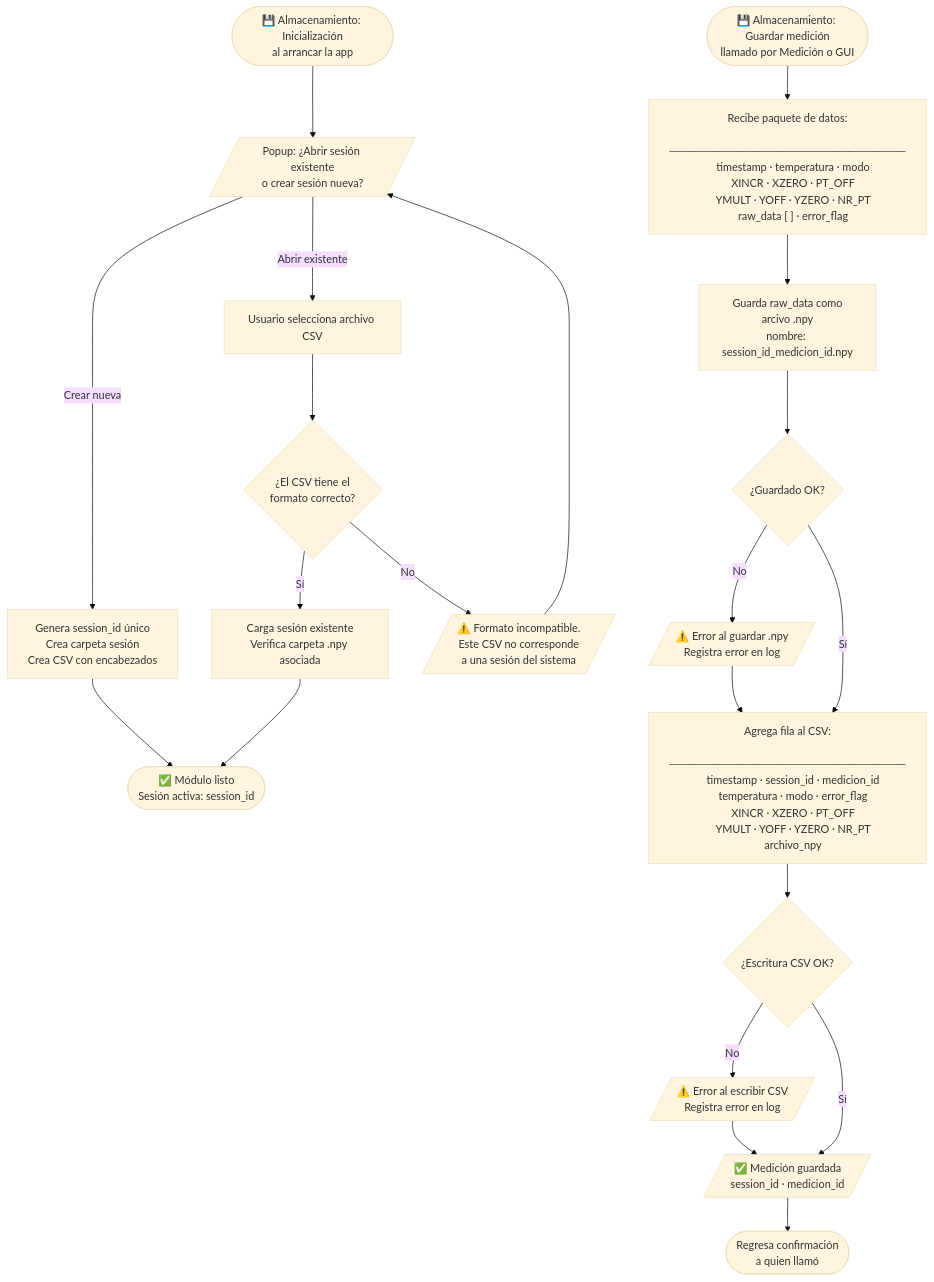
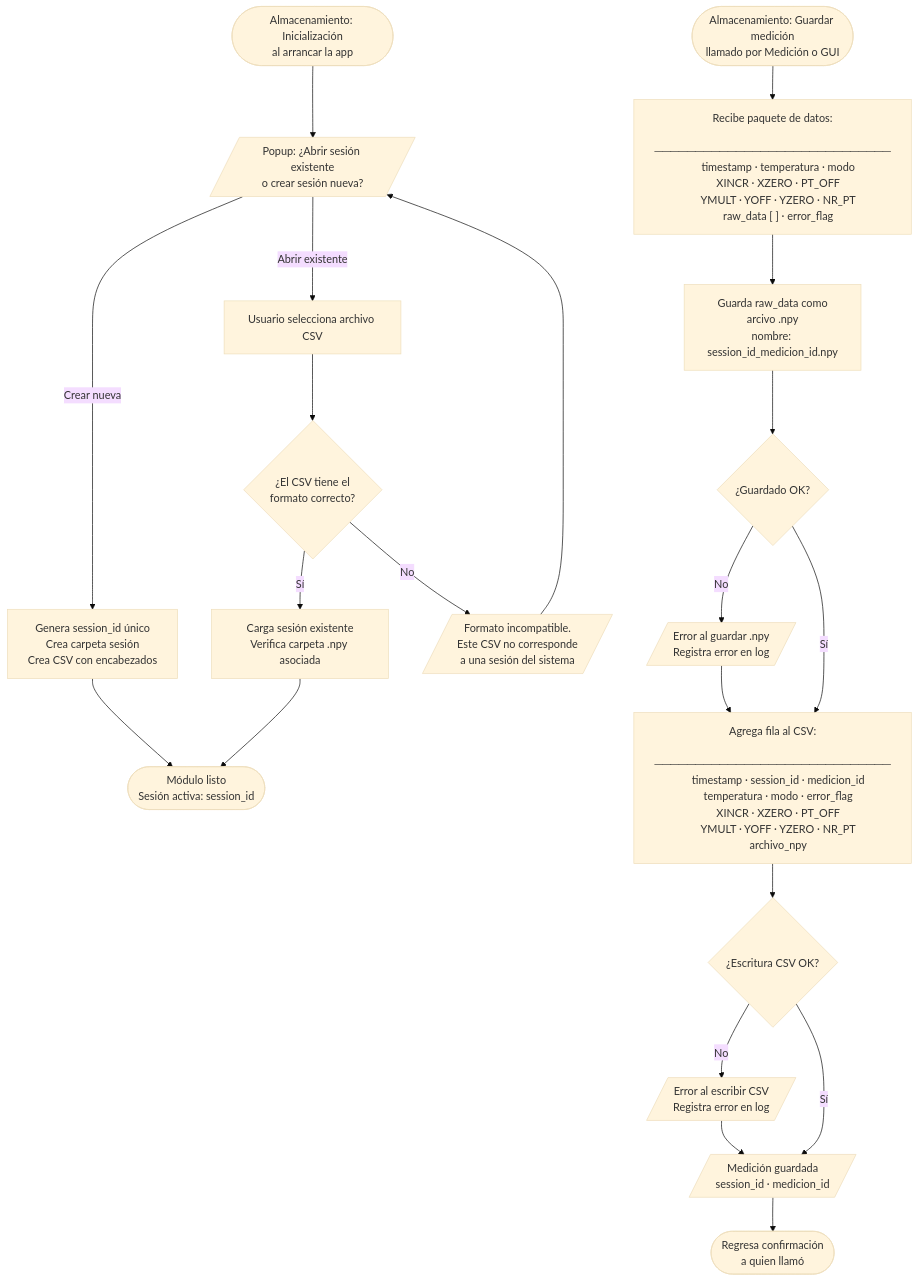
One commit to EvandherZarco/automatizacion_del_osciloscopio changed the diagram in Tesis documento/Diagramas/modulo_almacenamiento.mermaid. Above: the diagram before and after it, drawn with Mermaid (base theme). The commit also changed 19 other files, not shown here.

Commit message:
Correcciones de redaccion en capitulos 2, 3, 4 y 5; diagrama de arquitectura; limpieza de diagramas mermaid

```diff
--- a/Tesis documento/Diagramas/modulo_almacenamiento.mermaid
+++ b/Tesis documento/Diagramas/modulo_almacenamiento.mermaid
@@ -1,50 +1,50 @@
 flowchart TD
 
     %% ─────────────────────────────
     %% SUB-FLUJO 1: INICIALIZACIÓN
     %% ─────────────────────────────
-    INIT([💾 Almacenamiento: Inicialización\nal arrancar la app])
+    INIT([Almacenamiento: Inicialización\nal arrancar la app])
     INIT --> ASKUSER[/Popup: ¿Abrir sesión existente\no crear sesión nueva?/]
 
     ASKUSER --> |Crear nueva| NEW[Genera session_id único\nCrea carpeta sesión\nCrea CSV con encabezados]
     NEW --> READY
 
     ASKUSER --> |Abrir existente| FILESEL[Usuario selecciona archivo CSV]
     FILESEL --> VALIDATE{¿El CSV tiene el\nformato correcto?}
     VALIDATE --> |Sí| LOAD[Carga sesión existente\nVerifica carpeta .npy asociada]
     LOAD --> READY
-    VALIDATE --> |No| FMTERR[/⚠️ Formato incompatible.\nEste CSV no corresponde\na una sesión del sistema/]
+    VALIDATE --> |No| FMTERR[/Formato incompatible.\nEste CSV no corresponde\na una sesión del sistema/]
     FMTERR --> ASKUSER
 
-    READY(["✅ Módulo listo\nSesión activa: session_id"])
+    READY(["Módulo listo\nSesión activa: session_id"])
 
     %% ─────────────────────────────
     %% SUB-FLUJO 2: GUARDAR MEDICIÓN
     %% ─────────────────────────────
-    SAVE([💾 Almacenamiento: Guardar medición\nllamado por Medición o GUI])
+    SAVE([Almacenamiento: Guardar medición\nllamado por Medición o GUI])
     SAVE --> RECVDATA["Recibe paquete de datos:
     ─────────────────────────────
     timestamp · temperatura · modo
     XINCR · XZERO · PT_OFF
     YMULT · YOFF · YZERO · NR_PT
     raw_data [ ] · error_flag"]
 
     RECVDATA --> SAVENPY["Guarda raw_data como\narcivo .npy\nnombre: session_id_medicion_id.npy"]
     SAVENPY --> NPYOK{¿Guardado OK?}
-    NPYOK --> |No| NPYERR[/⚠️ Error al guardar .npy\nRegistra error en log/]
+    NPYOK --> |No| NPYERR[/Error al guardar .npy\nRegistra error en log/]
     NPYERR --> CSVROW
 
     NPYOK --> |Sí| CSVROW["Agrega fila al CSV:
     ─────────────────────────────
     timestamp · session_id · medicion_id
     temperatura · modo · error_flag
     XINCR · XZERO · PT_OFF
     YMULT · YOFF · YZERO · NR_PT
     archivo_npy"]
 
     CSVROW --> CSVOK{¿Escritura CSV OK?}
-    CSVOK --> |No| CSVERR[/⚠️ Error al escribir CSV\nRegistra error en log/]
+    CSVOK --> |No| CSVERR[/Error al escribir CSV\nRegistra error en log/]
     CSVERR --> CONFIRM
 
-    CSVOK --> |Sí| CONFIRM[/"✅ Medición guardada\nsession_id · medicion_id"/]
+    CSVOK --> |Sí| CONFIRM[/"Medición guardada\nsession_id · medicion_id"/]
     CONFIRM --> CALLER([Regresa confirmación\na quien llamó])
```
